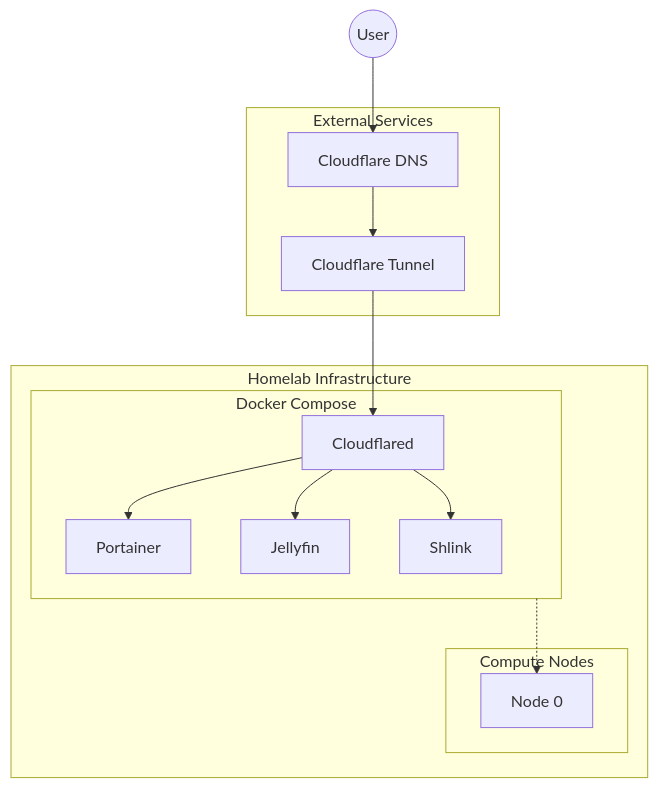
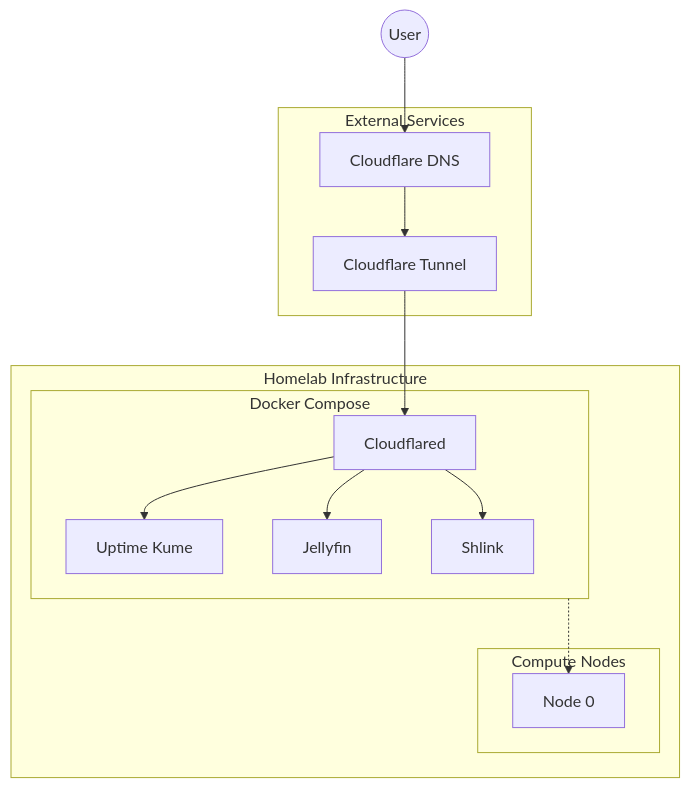
One commit to dbut2/dbut2.github.io changed the first of 2 diagrams in content/blog/homelab-in-review.md. Above: the diagram before and after it, drawn with Mermaid. The commit also changed other lines of this file, not shown here.

````diff
--- a/content/blog/homelab-in-review.md
+++ b/content/blog/homelab-in-review.md
@@ -18,30 +18,30 @@
 ```mermaid
 flowchart TD
     user((User))
     
     subgraph external-services [External Services]
         cloudflare-dns[Cloudflare DNS]
         cloudflare[Cloudflare Tunnel]
     end
     
     subgraph homelab [Homelab Infrastructure]
         subgraph compose [Docker Compose]
             cloudflared[Cloudflared]
 
-            service-1[Portainer]
+            service-1[Uptime Kume]
             service-2[Jellyfin]
             service-3[Shlink]
         end
 
         subgraph compute-nodes [Compute Nodes]
             node0[Node 0]
         end
     end
     
     user --> cloudflare-dns
     cloudflare-dns --> cloudflare
     cloudflare --> cloudflared
     cloudflared --> service-1 & service-2 & service-3
 
     compose -..-> node0
 ```
````
